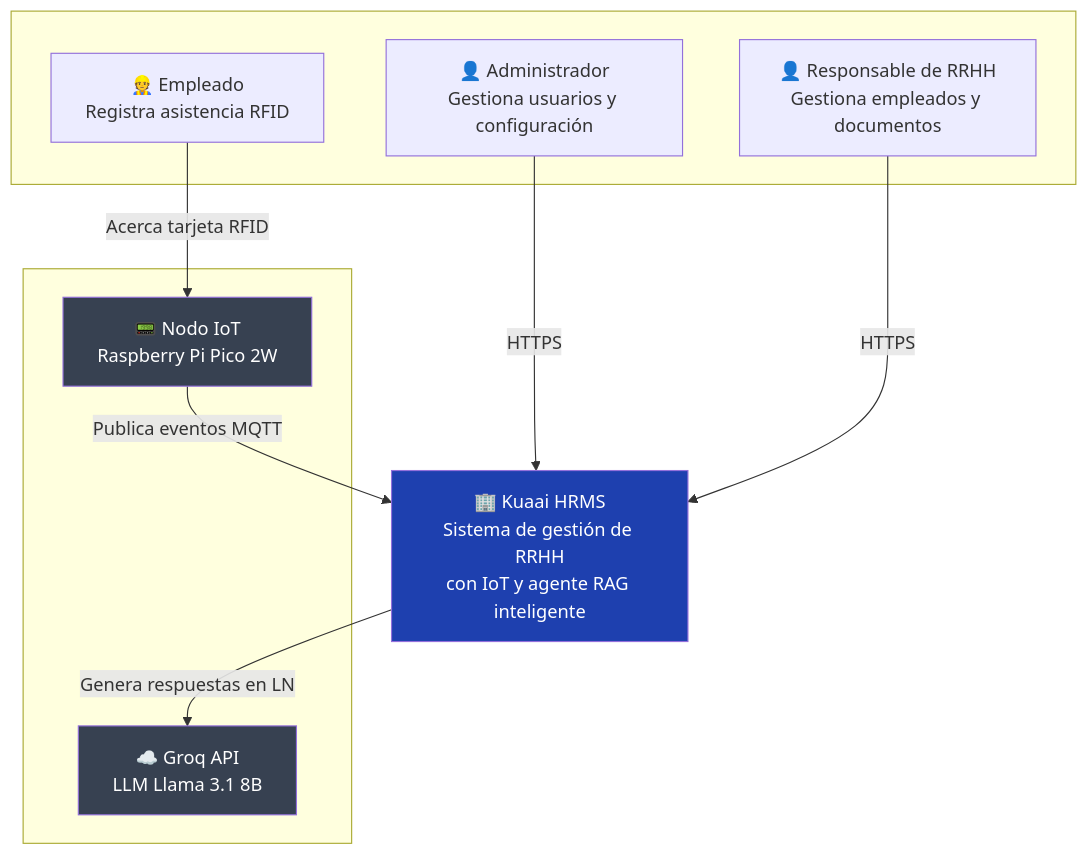
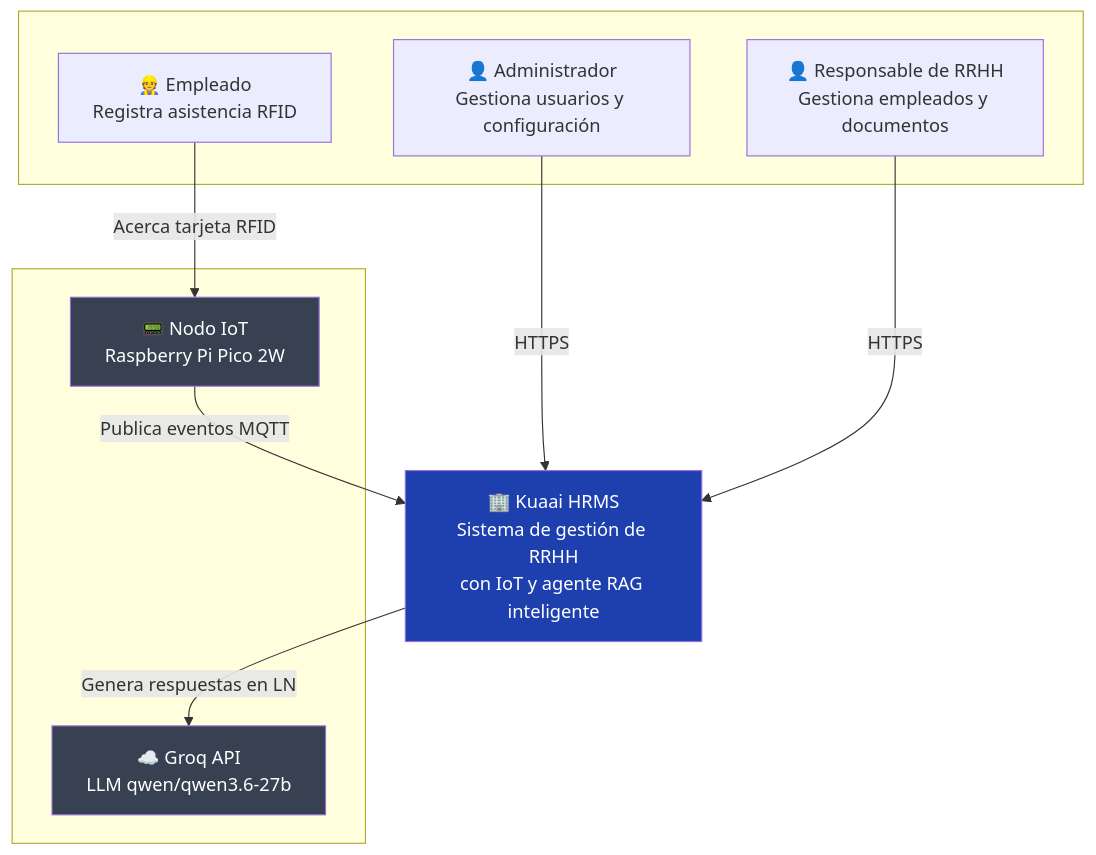
Before and after one commit to marianodr/kuaai-intelligent-hrms: the first of 13 diagrams in ARCHITECTURE.md, drawn with Mermaid. The commit also changed other lines of this file and 6 other files, not shown here.

````diff
--- a/ARCHITECTURE.md
+++ b/ARCHITECTURE.md
@@ -31,25 +31,25 @@
 ```mermaid
 graph TB
     subgraph USERS [" "]
         ADMIN["👤 Administrador\nGestiona usuarios y configuración"]
         RRHH["👤 Responsable de RRHH\nGestiona empleados y documentos"]
         EMP["👷 Empleado\nRegistra asistencia RFID"]
     end
 
     KUAAI["🏢 Kuaai HRMS\nSistema de gestión de RRHH\ncon IoT y agente RAG inteligente"]
 
     subgraph EXT [" "]
-        GROQ["☁️ Groq API\nLLM Llama 3.1 8B"]
+        GROQ["☁️ Groq API\nLLM qwen/qwen3.6-27b"]
         IOT_CTX["📟 Nodo IoT\nRaspberry Pi Pico 2W"]
     end
 
     ADMIN -->|"HTTPS"| KUAAI
     RRHH  -->|"HTTPS"| KUAAI
     EMP   -->|"Acerca tarjeta RFID"| IOT_CTX
     IOT_CTX -->|"Publica eventos MQTT"| KUAAI
     KUAAI -->|"Genera respuestas en LN"| GROQ
 
     style KUAAI fill:#1e40af,color:#fff
     style GROQ  fill:#374151,color:#fff
     style IOT_CTX fill:#374151,color:#fff
 ```
````
